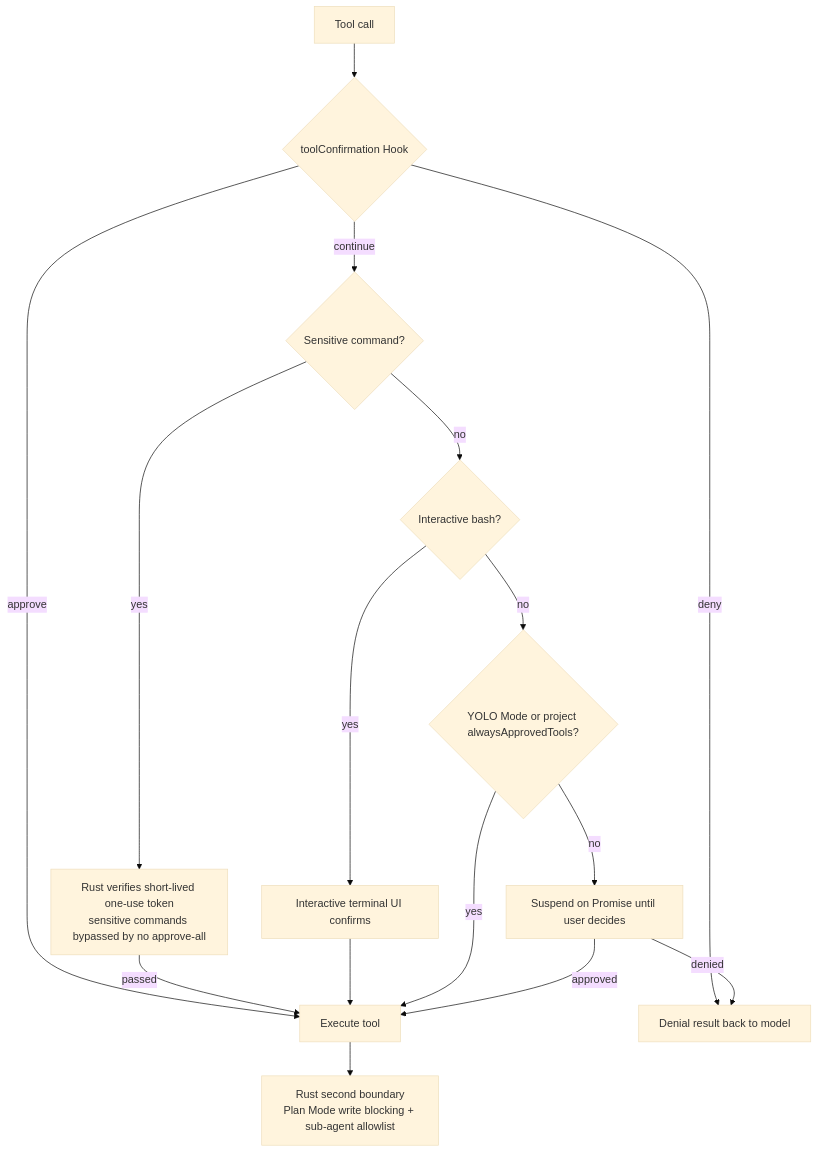
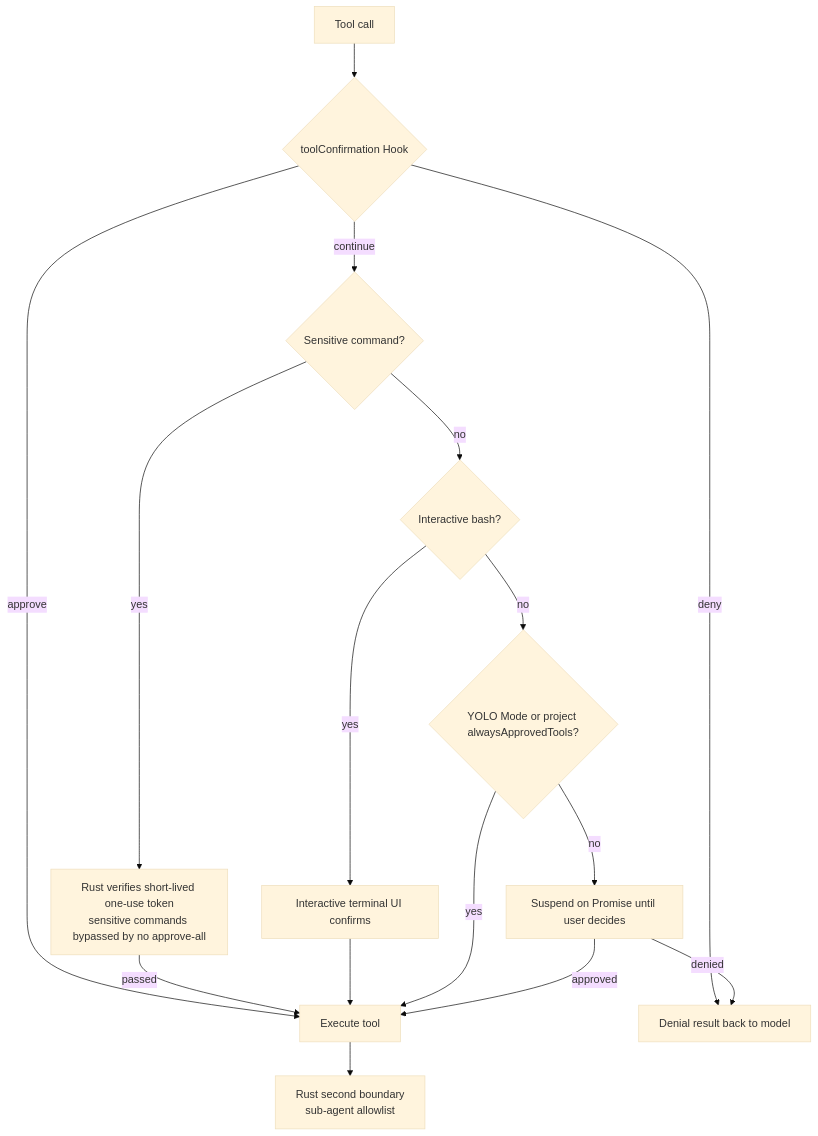
Diagram 14 of 23 in docs/en/4-architecture-and-development/4-agent-runtime-and-tool-orchestration.md (BaSui01/snow-app), drawn with Mermaid (base theme) before and after one commit. The commit also changed other lines of this file and 135 other files, not shown here.

First line of the commit message:
refactor: remove Plan Mode feature

````diff
--- a/docs/en/4-architecture-and-development/4-agent-runtime-and-tool-orchestration.md
+++ b/docs/en/4-architecture-and-development/4-agent-runtime-and-tool-orchestration.md
@@ -529,18 +527,18 @@
 ```mermaid
 flowchart TD
     A[Tool call] --> B{toolConfirmation Hook}
     B -- approve --> G[Execute tool]
     B -- deny --> K[Denial result back to model]
     B -- continue --> C{Sensitive command?}
     C -- yes --> D[Rust verifies short-lived one-use token<br/>sensitive commands bypassed by no approve-all]
     D -- passed --> G
     C -- no --> E{Interactive bash?}
     E -- yes --> F[Interactive terminal UI confirms]
     F --> G
     E -- no --> H{YOLO Mode or project alwaysApprovedTools?}
     H -- yes --> G
     H -- no --> I[Suspend on Promise until user decides]
     I -- approved --> G
     I -- denied --> K
-    G --> L[Rust second boundary<br/>Plan Mode write blocking + sub-agent allowlist]
+    G --> L[Rust second boundary<br/>sub-agent allowlist]
 ```
````
